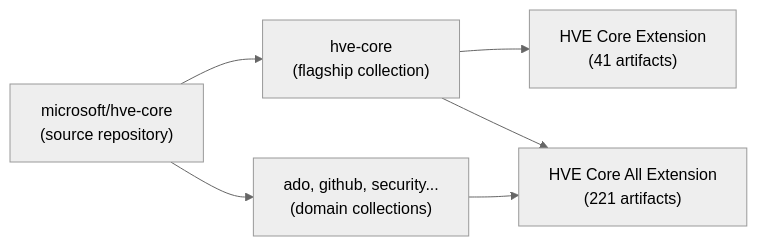
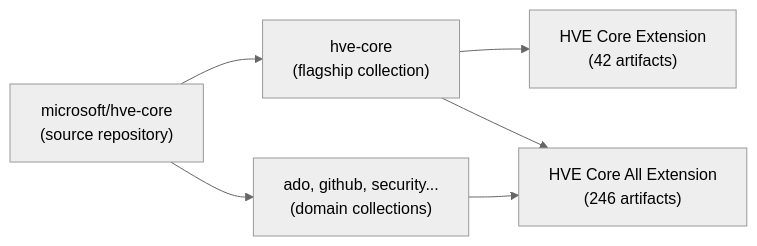
The diagram in docs/getting-started/install.md (microsoft/hve-core), drawn with Mermaid (neutral theme) before and after one commit. The commit also changed other lines of this file and 11 other files, not shown here.

````diff
--- a/docs/getting-started/install.md
+++ b/docs/getting-started/install.md
@@ -78,9 +78,9 @@
 ```mermaid
 graph LR
     REPO["microsoft/hve-core<br/>(source repository)"]
     REPO --> C1["hve-core<br/>(flagship collection)"]
     REPO --> C2["ado, github, security...<br/>(domain collections)"]
-    C1 --> EXT1["HVE Core Extension<br/>(41 artifacts)"]
-    C1 --> EXT2["HVE Core All Extension<br/>(221 artifacts)"]
+   C1 --> EXT1["HVE Core Extension<br/>(42 artifacts)"]
+   C1 --> EXT2["HVE Core All Extension<br/>(246 artifacts)"]
     C2 --> EXT2
 ```
````
